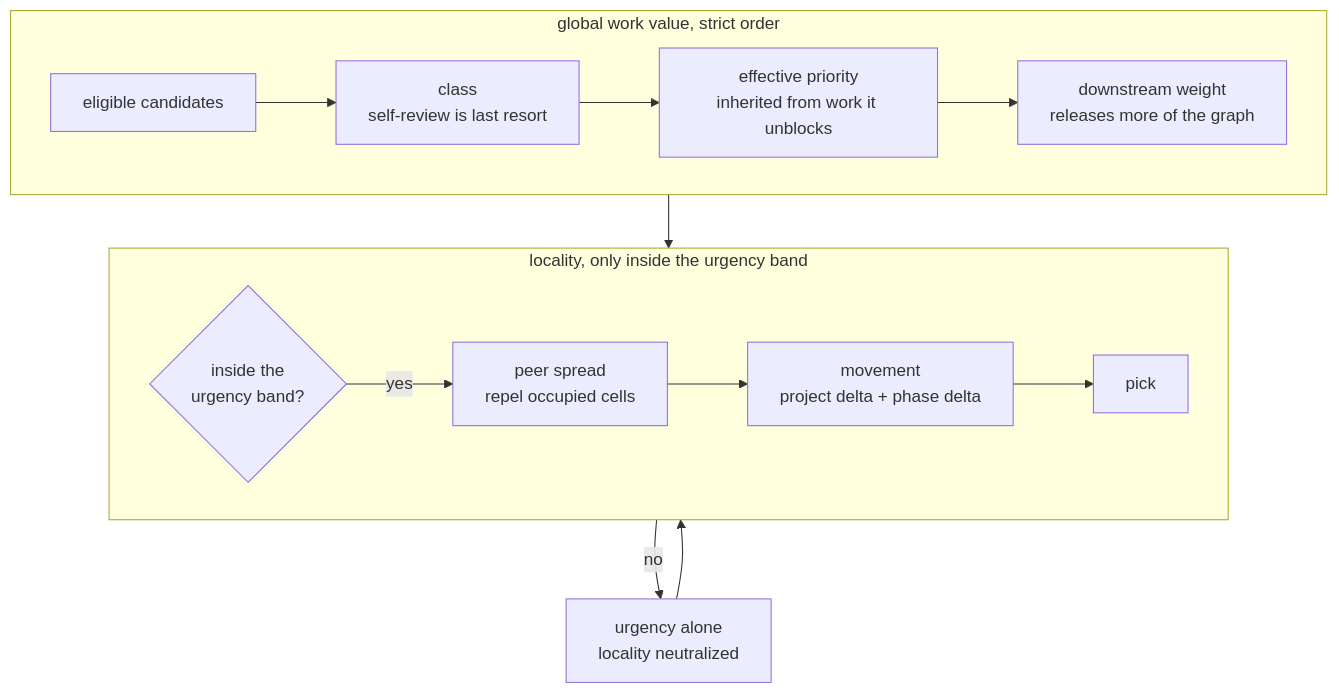
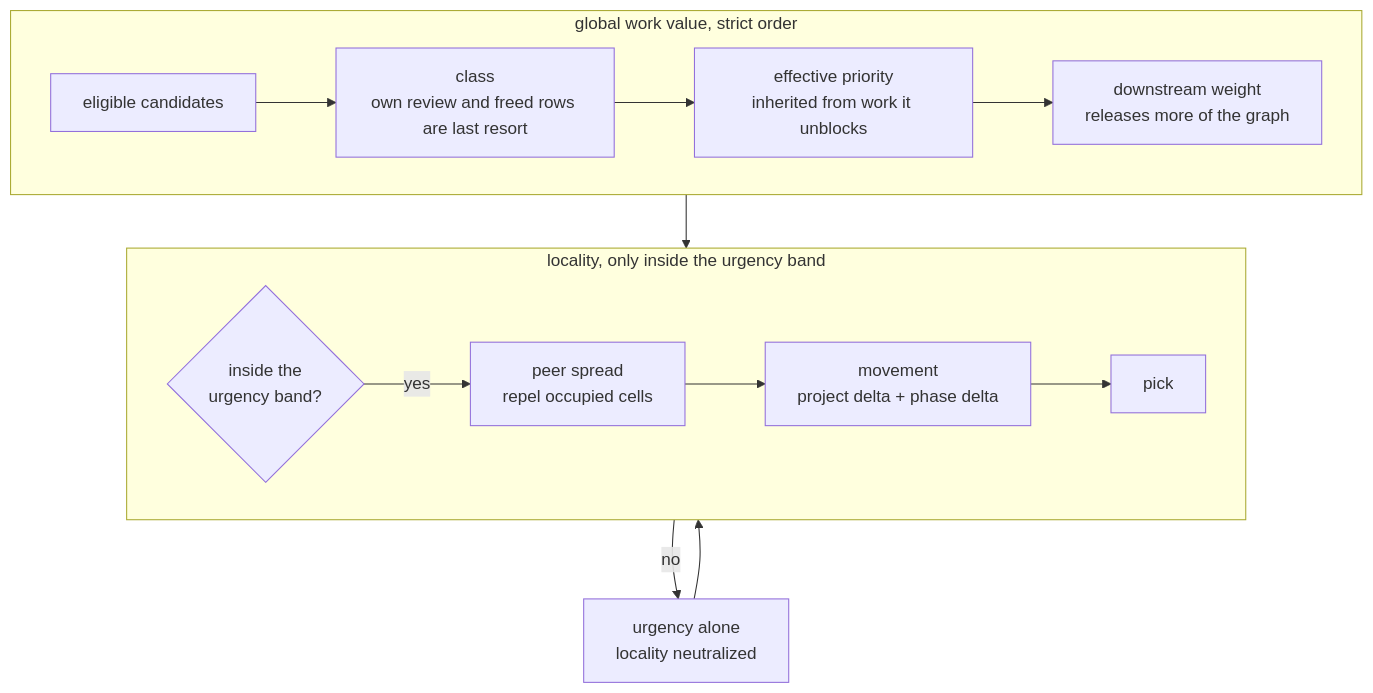
One commit to infimalabs/spice-rust changed the first of 10 diagrams in docs/product/model/decisions.md. Above: the diagram before and after it, drawn with Mermaid. The commit also changed other lines of this file and 7 other files, not shown here.

First line of the commit message:
board: spice: rank freed rows and self-review as last resort ALLOCAT-dTqGTYhn4

````diff
--- a/docs/product/model/decisions.md
+++ b/docs/product/model/decisions.md
@@ -11,19 +11,19 @@
 ```mermaid
 flowchart TD
   subgraph GLOBAL["global work value, strict order"]
     direction LR
-    E["eligible candidates"] --> Class["class<br/>self-review is last resort"]
+    E["eligible candidates"] --> Class["class<br/>own review and freed rows are last resort"]
     Class --> Priority["effective priority<br/>inherited from work it unblocks"]
     Priority --> Weight["downstream weight<br/>releases more of the graph"]
   end
   subgraph LOCALITY["locality, only inside the urgency band"]
     direction LR
     BAND{"inside the<br/>urgency band?"}
     BAND -- yes --> Spread["peer spread<br/>repel occupied cells"]
     Spread --> Movement["movement<br/>project delta + phase delta"]
     Movement --> P[pick]
   end
   Weight --> BAND
   BAND -- no --> OUT["urgency alone<br/>locality neutralized"]
   OUT --> P
 ```
````
